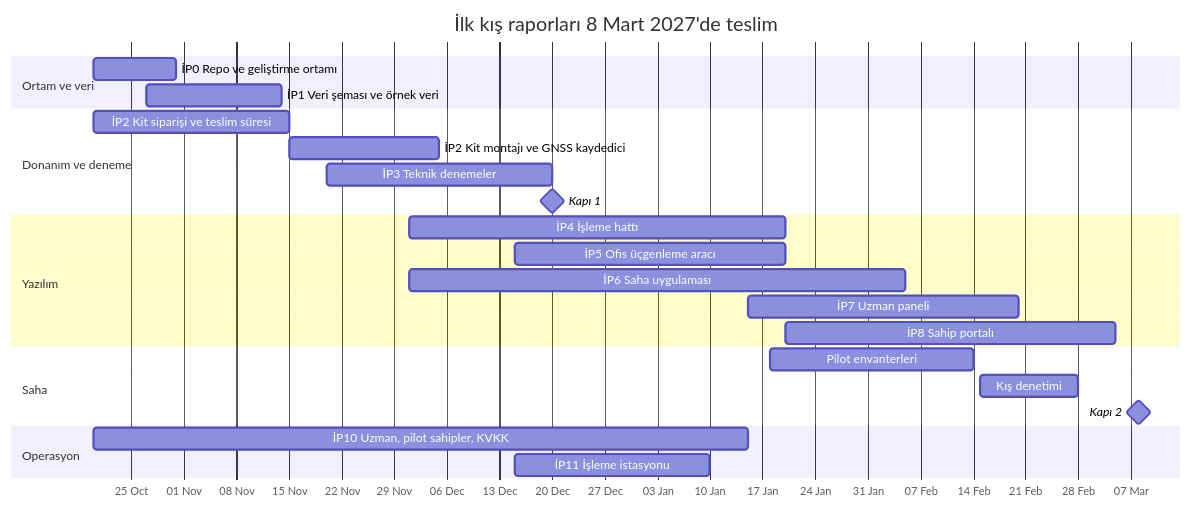
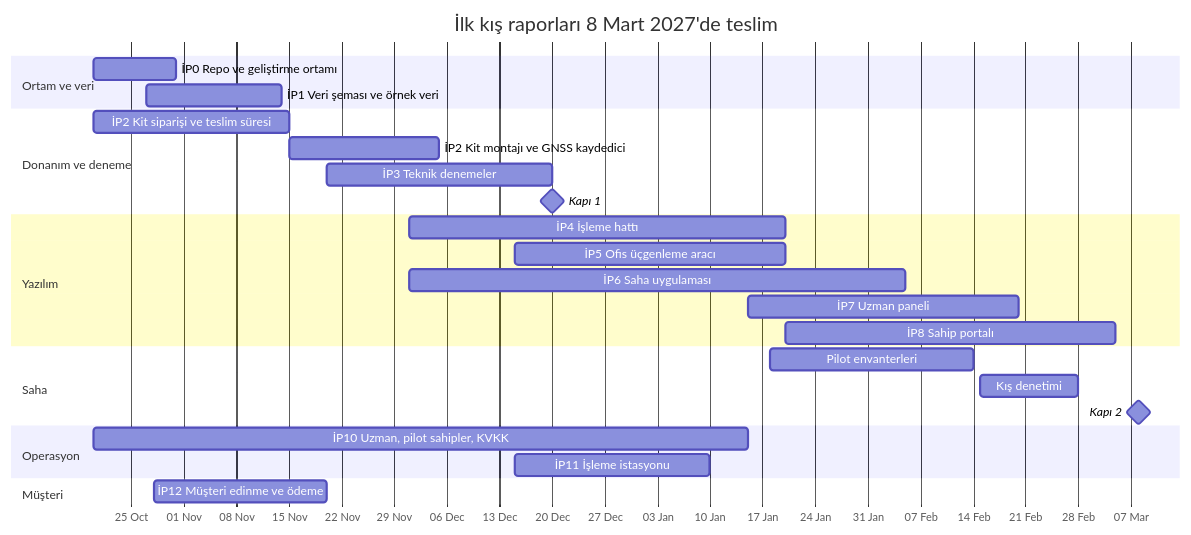
Before and after one commit to yusuftiryaki/orchadOS: the diagram in docs/plan.md, drawn with Mermaid. The commit also changed other lines of this file and 4 other files, not shown here.

````diff
--- a/docs/plan.md
+++ b/docs/plan.md
@@ -21,27 +21,29 @@
 ```mermaid
 gantt
     title İlk kış raporları 8 Mart 2027'de teslim
     dateFormat YYYY-MM-DD
     axisFormat %d %b
     section Ortam ve veri
     İP0 Repo ve geliştirme ortamı      :ip0, 2026-10-20, 2026-10-31
     İP1 Veri şeması ve örnek veri      :ip1, 2026-10-27, 2026-11-14
     section Donanım ve deneme
     İP2 Kit siparişi ve teslim süresi  :ip2a, 2026-10-20, 2026-11-15
     İP2 Kit montajı ve GNSS kaydedici  :ip2b, 2026-11-15, 2026-12-05
     İP3 Teknik denemeler               :ip3, 2026-11-20, 2026-12-20
     Kapı 1                             :milestone, k1, 2026-12-20, 0d
     section Yazılım
     İP4 İşleme hattı                   :ip4, 2026-12-01, 2027-01-20
     İP5 Ofis üçgenleme aracı           :ip5, 2026-12-15, 2027-01-20
     İP6 Saha uygulaması                :ip6, 2026-12-01, 2027-02-05
     İP7 Uzman paneli                   :ip7, 2027-01-15, 2027-02-20
     İP8 Sahip portalı                  :ip8, 2027-01-20, 2027-03-05
     section Saha
     Pilot envanterleri                 :env, 2027-01-18, 2027-02-14
     Kış denetimi                       :kis, 2027-02-15, 2027-02-28
     Kapı 2                             :milestone, k2, 2027-03-08, 0d
     section Operasyon
     İP10 Uzman, pilot sahipler, KVKK   :ip10, 2026-10-20, 2027-01-15
     İP11 İşleme istasyonu              :ip11, 2026-12-15, 2027-01-10
+    section Müşteri
+    İP12 Müşteri edinme ve ödeme       :ip12, 2026-10-28, 2026-11-20
 ```
````
